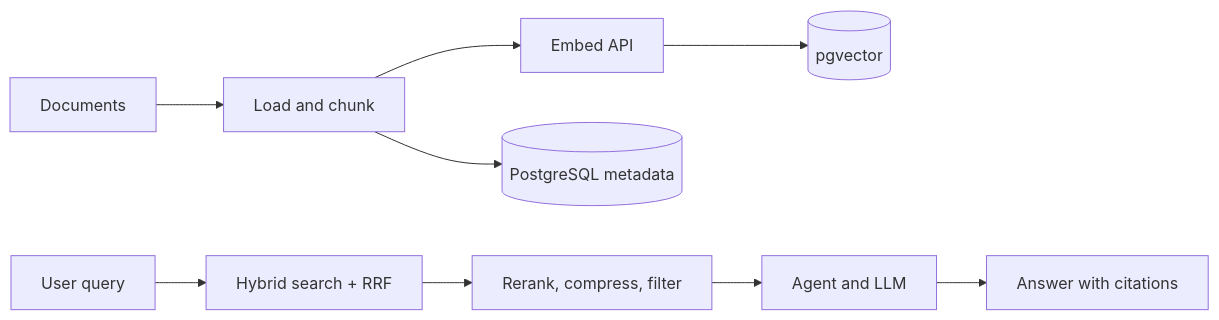
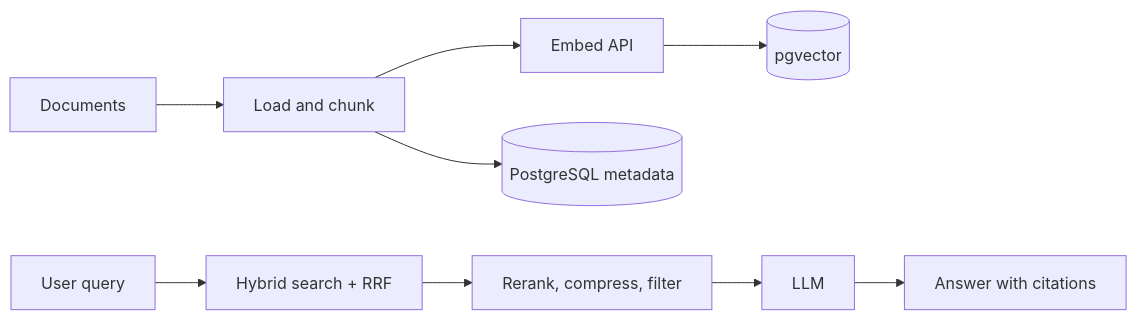
The diagram in README.md (lg114/RagMate), drawn with Mermaid before and after one commit. The commit also changed other lines of this file and 16 other files, not shown here.

````diff
--- a/README.md
+++ b/README.md
@@ -197,11 +197,11 @@
 ```mermaid
 flowchart LR
     D[Documents] --> P[Load and chunk]
     P --> E[Embed API]
     E --> V[(pgvector)]
     P --> M[(PostgreSQL metadata)]
     Q[User query] --> R[Hybrid search + RRF]
     R --> RR[Rerank, compress, filter]
-    RR --> A[Agent and LLM]
+    RR --> A[LLM]
     A --> O[Answer with citations]
 ```
````
